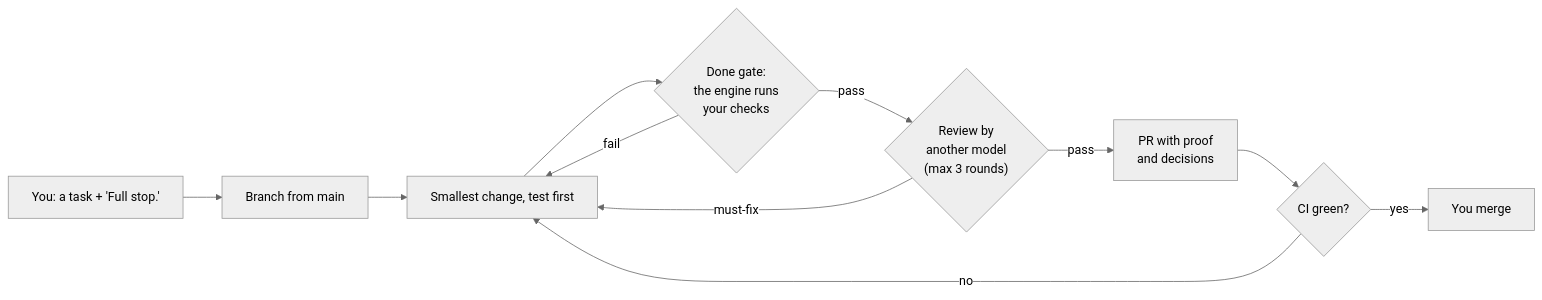
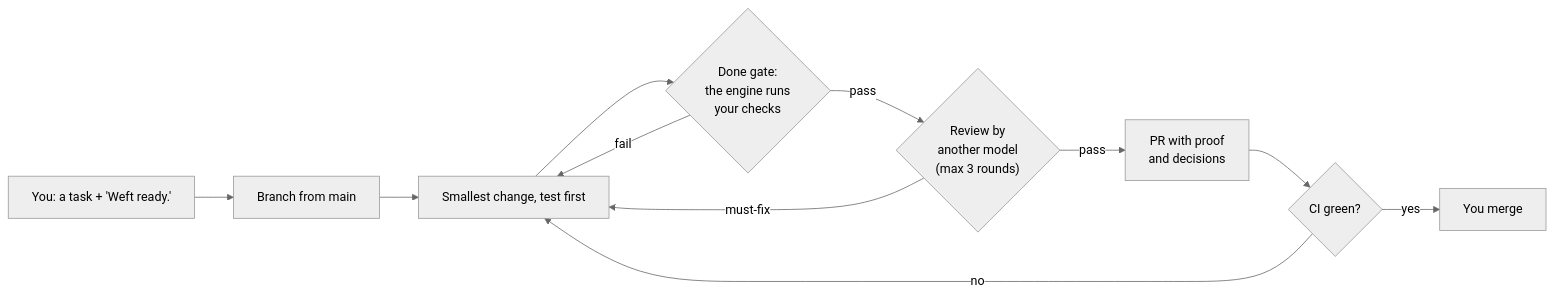
One commit to djtorel/weftwork changed the diagram in README.md. Above: the diagram before and after it, drawn with Mermaid (neutral theme). The commit also changed other lines of this file and 36 other files, not shown here.

````diff
--- a/README.md
+++ b/README.md
@@ -121,13 +138,13 @@
 ```mermaid
 flowchart LR
-  task["You: a task + 'Full stop.'"] --> branch[Branch from main]
+  task["You: a task + 'Weft ready.'"] --> branch[Branch from main]
   branch --> change[Smallest change, test first]
   change --> gate{"Done gate:<br/>the engine runs<br/>your checks"}
   gate -- fail --> change
   gate -- pass --> review{"Review by<br/>another model<br/>(max 3 rounds)"}
   review -- must-fix --> change
   review -- pass --> pr["PR with proof<br/>and decisions"]
   pr --> ci{CI green?}
   ci -- no --> change
   ci -- yes --> you[You merge]
 ```
````
